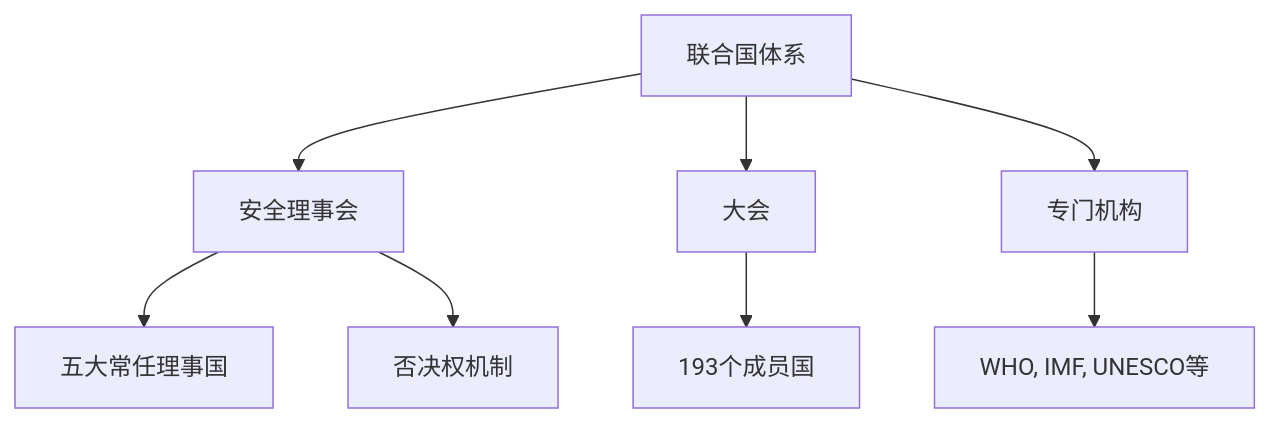
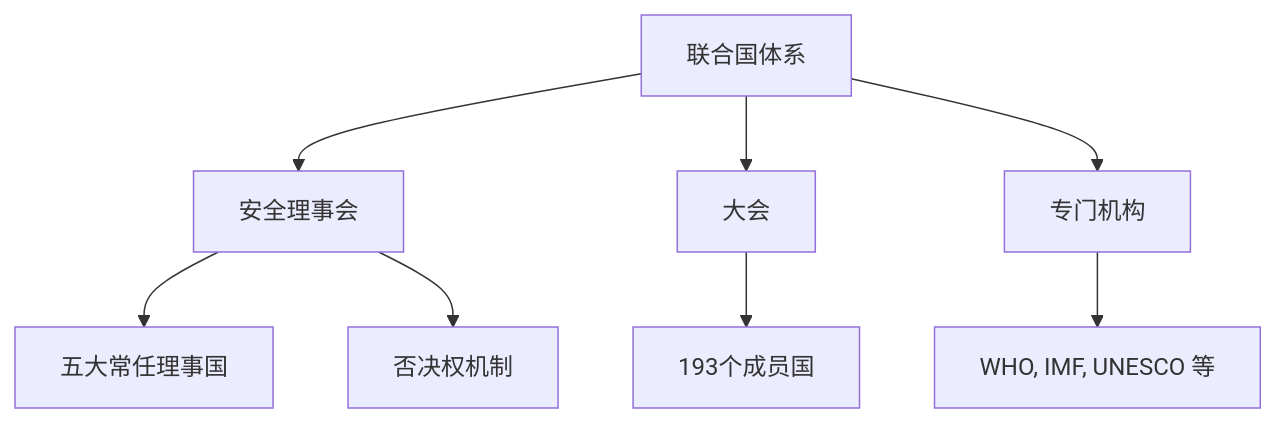
One commit to Tianshang301/TianshangKnowledgeBase changed the second of 2 diagrams in 03_HumanitiesAndSocialSciences/PoliticalScience/InternationalRelations/地缘政治与热点问题.md. Above: the diagram before and after it, drawn with Mermaid. The commit also changed 2257 other files, not shown here.

````diff
--- a/03_HumanitiesAndSocialSciences/PoliticalScience/InternationalRelations/地缘政治与热点问题.md
+++ b/03_HumanitiesAndSocialSciences/PoliticalScience/InternationalRelations/地缘政治与热点问题.md
@@ -144,10 +144,10 @@
 ```mermaid
 graph TD
     A[联合国体系] --> B[安全理事会]
     A --> C[大会]
     A --> D[专门机构]
     B --> B1[五大常任理事国]
     B --> B2[否决权机制]
     C --> C1[193个成员国]
-    D --> D1[WHO, IMF, UNESCO等]
+    D --> D1[WHO, IMF, UNESCO 等]
 ```
````
